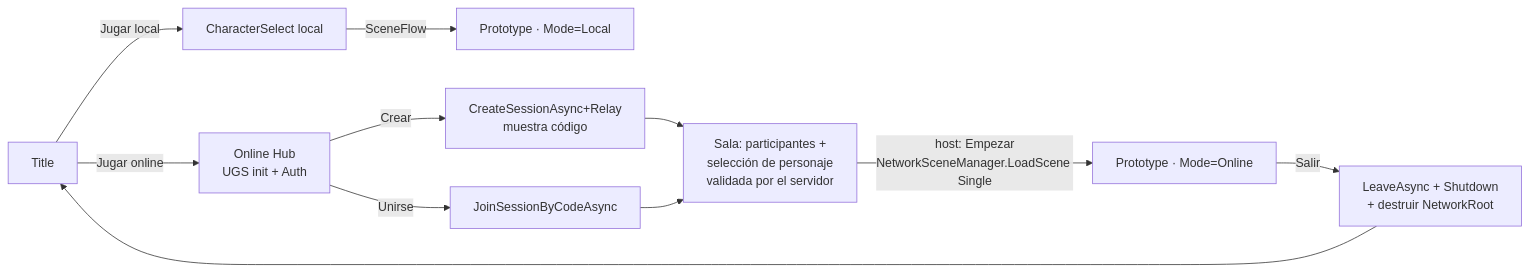
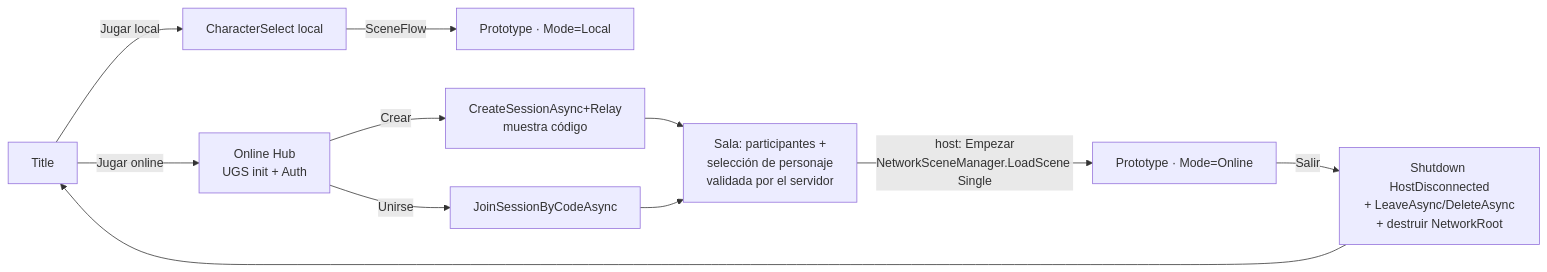
Before and after one commit to Chacashi/Alien-Farms: the second of 4 diagrams in Docs/Arquitectura/Online/Plan Modo Online.md, drawn with Mermaid. The commit also changed other lines of this file and 44 other files, not shown here.

````diff
--- a/Docs/Arquitectura/Online/Plan Modo Online.md
+++ b/Docs/Arquitectura/Online/Plan Modo Online.md
@@ -114,11 +114,11 @@
 ```mermaid
 flowchart LR
   T[Title] -->|Jugar local| CS[CharacterSelect local] -->|SceneFlow| PL[Prototype · Mode=Local]
   T -->|Jugar online| H[Online Hub<br/>UGS init + Auth]
   H -->|Crear| CR[CreateSessionAsync+Relay<br/>muestra código]
   H -->|Unirse| JN[JoinSessionByCodeAsync]
   CR --> R[Sala: participantes +<br/>selección de personaje<br/>validada por el servidor]
   JN --> R
   R -->|host: Empezar<br/>NetworkSceneManager.LoadScene Single| PO[Prototype · Mode=Online]
-  PO -->|Salir| LV[LeaveAsync + Shutdown<br/>+ destruir NetworkRoot] --> T
+  PO -->|Salir| LV[Shutdown HostDisconnected<br/>+ LeaveAsync/DeleteAsync<br/>+ destruir NetworkRoot] --> T
 ```
````
